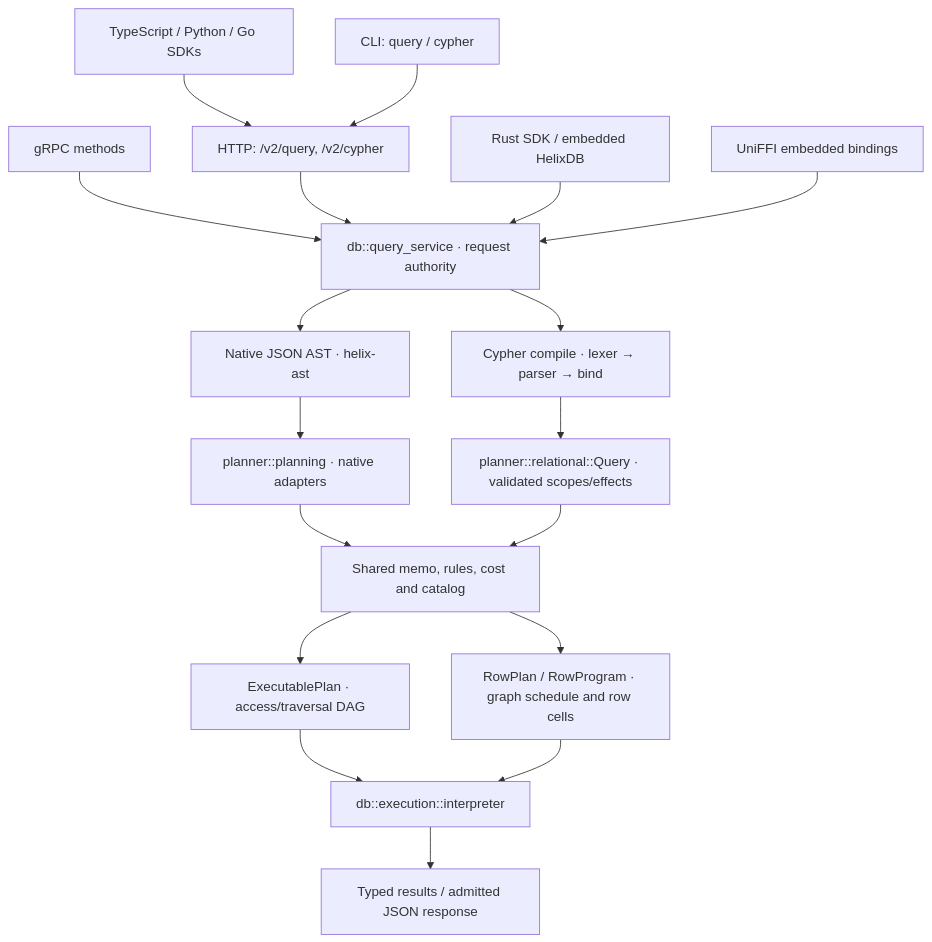
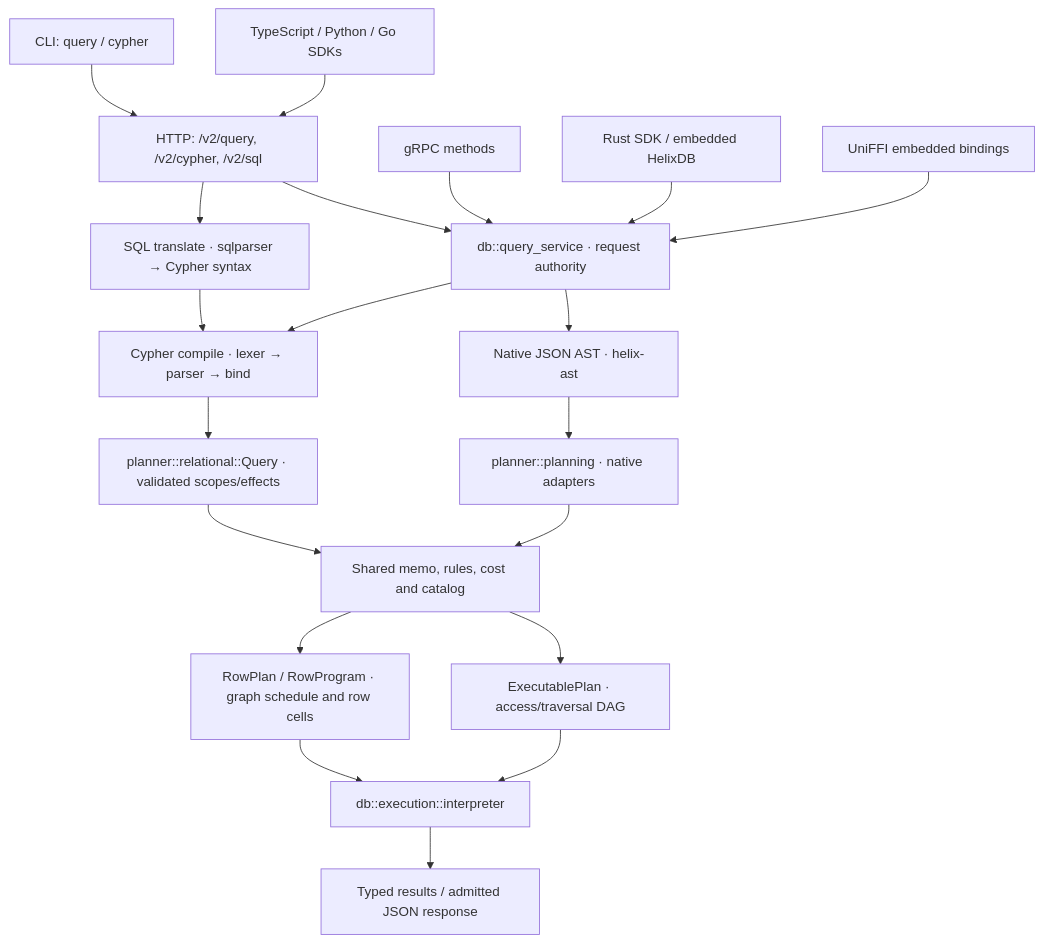
One commit to HelixDB/helix-db changed the second of 5 diagrams in docs/codebase-map.md. Above: the diagram before and after it, drawn with Mermaid. The commit also changed other lines of this file and 17 other files, not shown here.

First line of the commit message:
Document SQL alongside Cypher across the guides

````diff
--- a/docs/codebase-map.md
+++ b/docs/codebase-map.md
@@ -65,20 +65,22 @@
 ```mermaid
 flowchart TD
-    TS["TypeScript / Python / Go SDKs"] --> HTTP["HTTP: /v2/query, /v2/cypher"]
+    TS["TypeScript / Python / Go SDKs"] --> HTTP["HTTP: /v2/query, /v2/cypher, /v2/sql"]
     CLI["CLI: query / cypher"] --> HTTP
     GRPC["gRPC methods"] --> SERVICE["db::query_service · request authority"]
     HTTP --> SERVICE
     RUST["Rust SDK / embedded HelixDB"] --> SERVICE
     FFI["UniFFI embedded bindings"] --> SERVICE
     SERVICE --> DSL["Native JSON AST · helix-ast"]
+    HTTP --> SQL["SQL translate · sqlparser → Cypher syntax"]
+    SQL --> CYPHER
     SERVICE --> CYPHER["Cypher compile · lexer → parser → bind"]
     DSL --> NATIVE["planner::planning · native adapters"]
     CYPHER --> ROWS["planner::relational::Query · validated scopes/effects"]
     NATIVE --> OPT["Shared memo, rules, cost and catalog"]
     ROWS --> OPT
     OPT --> DAG["ExecutablePlan · access/traversal DAG"]
     OPT --> PROGRAM["RowPlan / RowProgram · graph schedule and row cells"]
     DAG --> ENGINE["db::execution::interpreter"]
     PROGRAM --> ENGINE
     ENGINE --> OUT["Typed results / admitted JSON response"]
 ```
````
